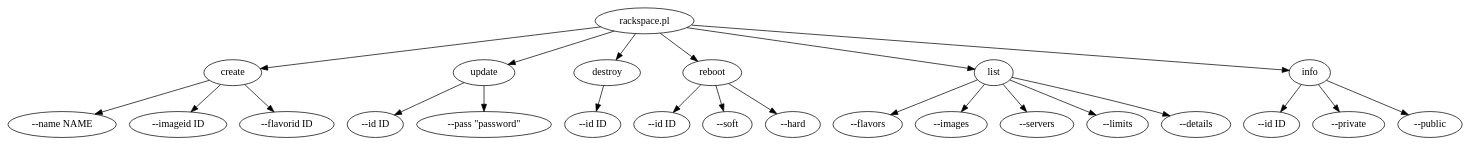
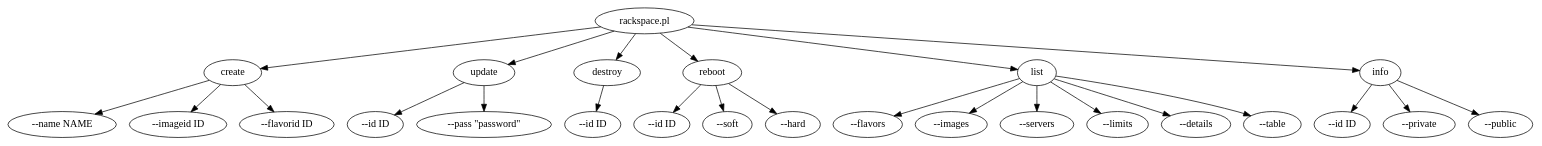
Before and after one commit to mfontani/Net-RackSpace-CloudServers: the diagram in rackspace.dot, drawn with Graphviz. The commit also changed 1 other file, not shown here.

Commit message:
Added --table opt using Text::SimpleTable for limits and servers; updated spec

```diff
--- a/rackspace.dot
+++ b/rackspace.dot
@@ -1,70 +1,72 @@
 digraph G {
 
   // rackspace COMMANDs:
   "rackspace.pl" -> "cmd_create";
   "rackspace.pl" -> "cmd_update";
   "rackspace.pl" -> "cmd_destroy";
   "rackspace.pl" -> "cmd_reboot";
   "rackspace.pl" -> "cmd_list";
   "rackspace.pl" -> "cmd_info";
 
   // rackspace REBOOT --opts
   "cmd_reboot" -> "cmd_reboot_opt_id";
   "cmd_reboot" -> "cmd_reboot_opt_soft";
   "cmd_reboot" -> "cmd_reboot_opt_hard";
 
   // rackspace DESTROY --opts
   "cmd_destroy" -> "cmd_destroy_opt_id";
 
   // rackspace CREATE --opts
   "cmd_create" -> "cmd_create_opt_name";
   "cmd_create" -> "cmd_create_opt_imageid";
   "cmd_create" -> "cmd_create_opt_flavorid";
 
   // rackspace UPDATE --opts
   "cmd_update" -> "cmd_update_opt_id";
   "cmd_update" -> "cmd_update_opt_adminpass";
 
   // rackspace LIST --opts
   "cmd_list" -> "cmd_list_flavors";
   "cmd_list" -> "cmd_list_images";
   "cmd_list" -> "cmd_list_servers";
   "cmd_list" -> "cmd_list_limits";
   "cmd_list" -> "cmd_list_opt_details";
+  "cmd_list" -> "cmd_list_opt_table";
 
   // rackspace INFO --opts
   "cmd_info" -> "cmd_info_id";
   "cmd_info" -> "cmd_info_private";
   "cmd_info" -> "cmd_info_public";
 
   cmd_create [label="create"];
   cmd_update [label="update"];
   cmd_destroy [label="destroy"];
   cmd_reboot [label="reboot"];
   cmd_list [label="list"];
   cmd_info [label="info"];
 
   cmd_destroy_opt_id [label="--id ID"];
 
   cmd_reboot_opt_id [label="--id ID"];
   cmd_reboot_opt_soft [label="--soft"];
   cmd_reboot_opt_hard [label="--hard"];
 
   cmd_create_opt_name [label="--name NAME"];
   cmd_create_opt_imageid [label="--imageid ID"];
   cmd_create_opt_flavorid [label="--flavorid ID"];
 
   cmd_update_opt_id [label="--id ID"];
   cmd_update_opt_adminpass [label="--pass \"password\""];
 
   cmd_list_flavors [label="--flavors"];
   cmd_list_images [label="--images"];
   cmd_list_servers [label="--servers"];
   cmd_list_limits [label="--limits"];
   cmd_list_opt_details [label="--details"];
+  cmd_list_opt_table [label="--table"];
 
   cmd_info_id [label="--id ID"];
   cmd_info_private [label="--private"];
   cmd_info_public [label="--public"];
 
 }
```
